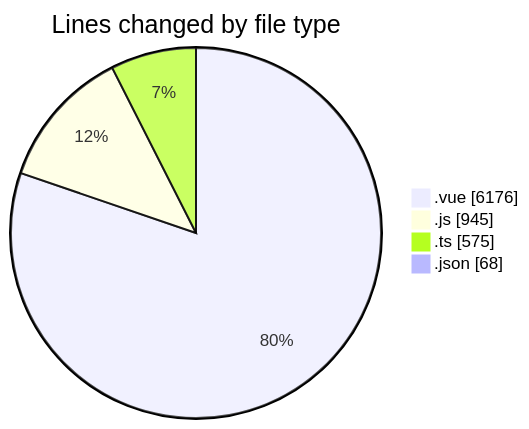
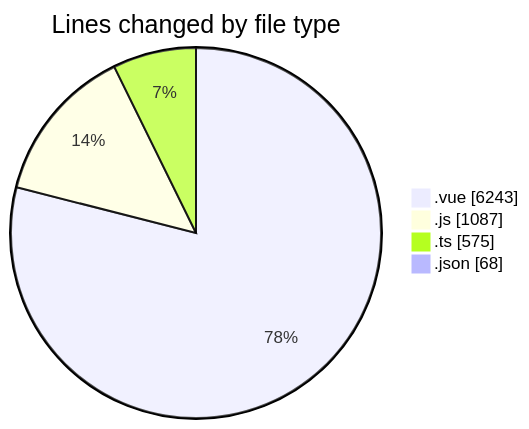
One commit to lephambinh05/code-tracking changed the first of 2 diagrams in 2025-08-12/rentotp/README.md. Above: the diagram before and after it, drawn with Mermaid. The commit also changed other lines of this file and 1 other file, not shown here.

````diff
--- a/2025-08-12/rentotp/README.md
+++ b/2025-08-12/rentotp/README.md
@@ -41,8 +42,8 @@
 ```mermaid
 pie showData
 title Lines changed by file type
-".vue" : 6176
-".js" : 945
+".vue" : 6243
+".js" : 1087
 ".ts" : 575
 ".json" : 68
 ```
````
